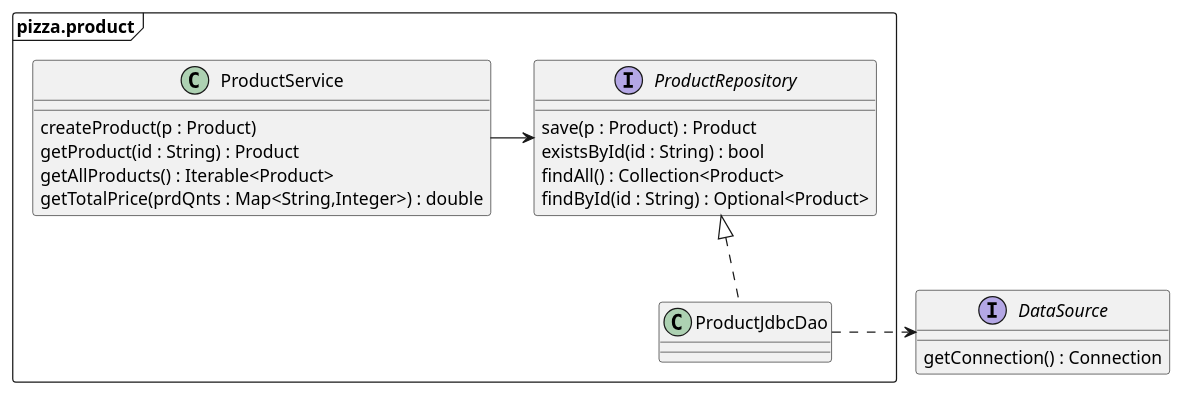
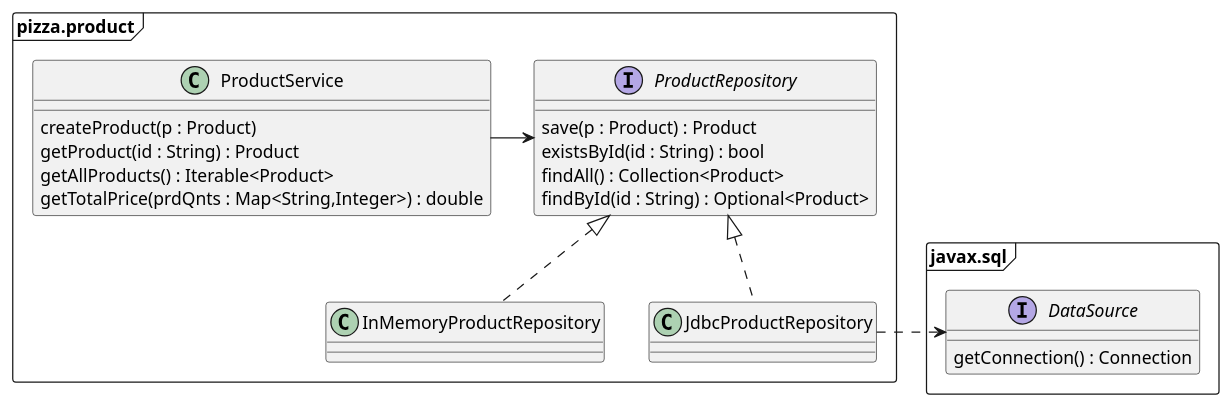
The diagram in doc/product.puml (codevibe-de/spring-pizza-all), drawn with PlantUML before and after one commit. The commit also changed 3 other files, not shown here.

```diff
--- a/doc/product.puml
+++ b/doc/product.puml
@@ -1,30 +1,37 @@
 @startuml
 'https://plantuml.com/class-diagram
 set namespaceSeparator ::
 
+package "javax.sql" <<Frame>> {
+    interface DataSource {
+        getConnection() : Connection
+    }
+}
+
 package "pizza.product" <<Frame>> {
 
-class ProductService {
-createProduct(p : Product)
-getProduct(id : String) : Product
-getAllProducts() : Iterable<Product>
-getTotalPrice(prdQnts : Map<String,Integer>) : double
+    class ProductService {
+        createProduct(p : Product)
+        getProduct(id : String) : Product
+        getAllProducts() : Iterable<Product>
+        getTotalPrice(prdQnts : Map<String,Integer>) : double
+    }
+
+    interface ProductRepository {
+        save(p : Product) : Product
+        existsById(id : String) : bool
+        findAll() : Collection<Product>
+        findById(id : String) : Optional<Product>
+    }
+
+    class JdbcProductRepository implements ProductRepository {
+    }
+    class InMemoryProductRepository implements ProductRepository {
+    }
+
+    ProductService -right-> ProductRepository
+    InMemoryProductRepository -[hidden]> JdbcProductRepository
+    JdbcProductRepository .-right-> DataSource
 }
 
-interface ProductRepository {
-save(p : Product) : Product
-existsById(id : String) : bool
-findAll() : Collection<Product>
-findById(id : String) : Optional<Product>
-}
-
-class ProductJdbcDao implements ProductRepository
-}
-
-interface DataSource {
-getConnection() : Connection
-}
-
-ProductService -right-> ProductRepository
-ProductJdbcDao .-right-> DataSource
 @enduml
```
